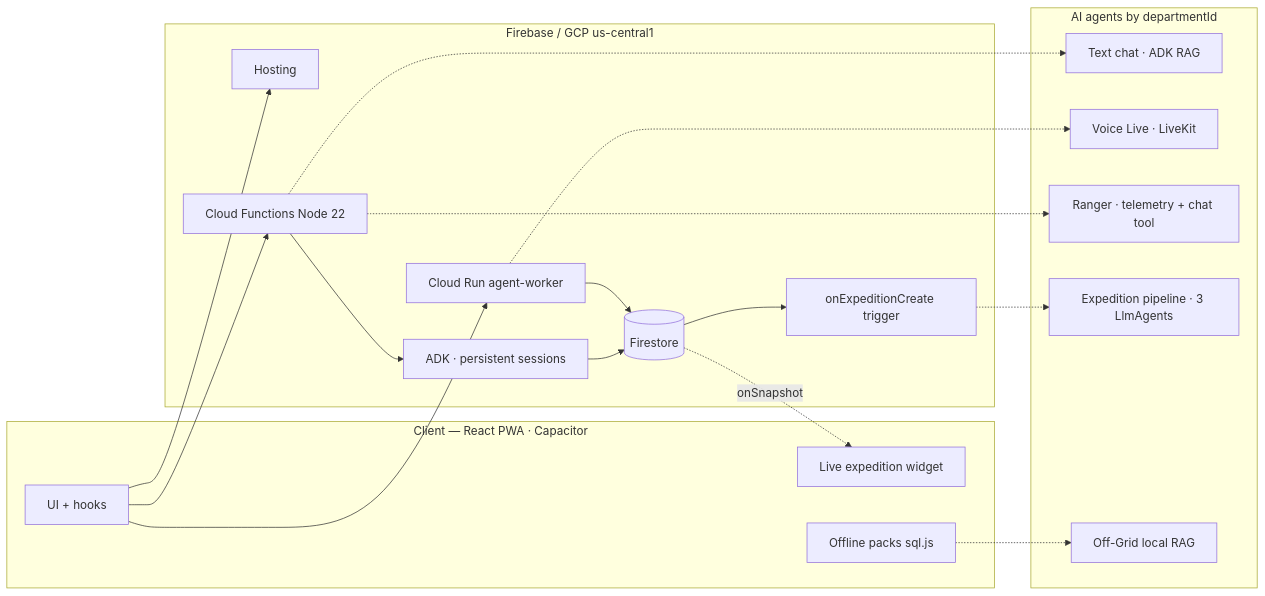
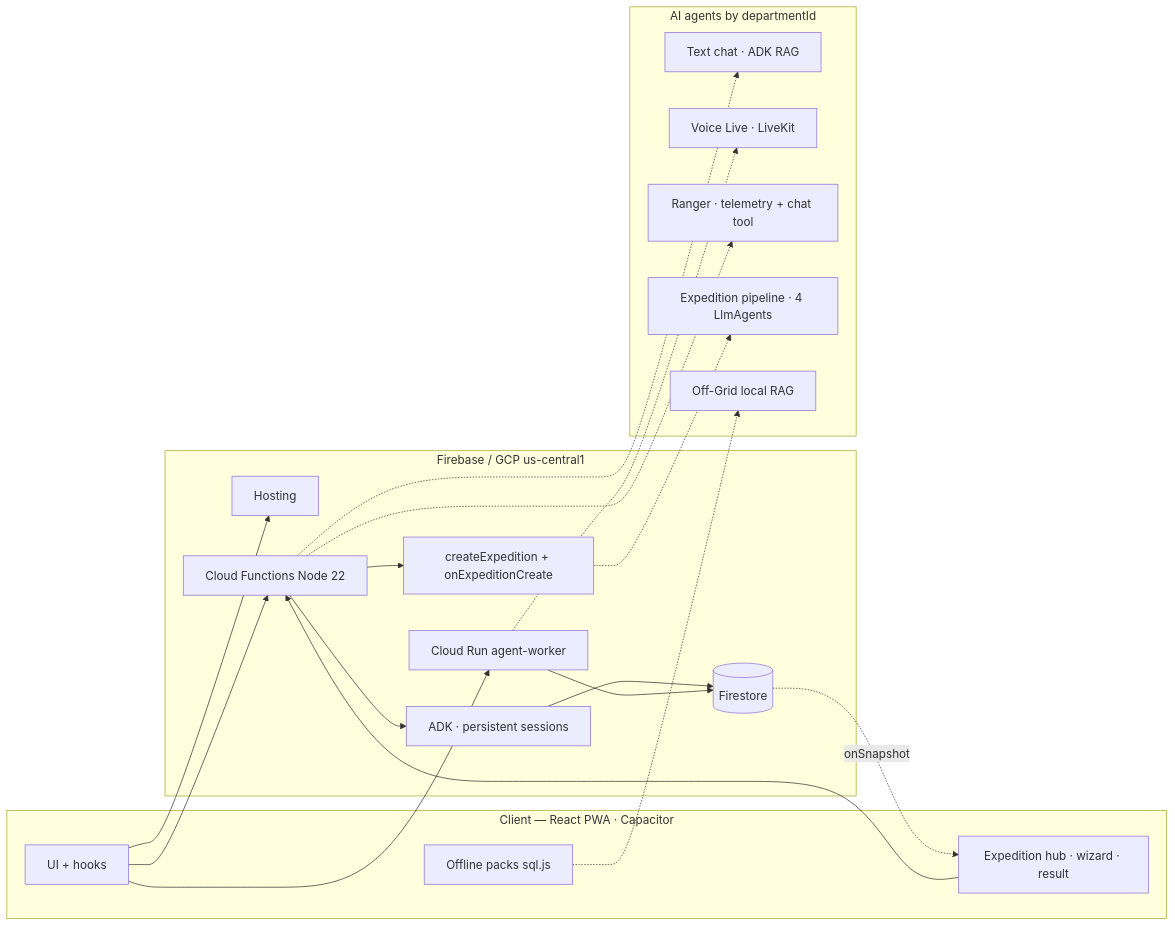
The diagram in README.md (hiddenappco/hiddenapp), drawn with Mermaid before and after one commit. The commit also changed other lines of this file and 108 other files, not shown here.

First line of the commit message:
Post-submission development: expedition hub, Bitácora v2, thumb nav, and submission docs.

````diff
--- a/README.md
+++ b/README.md
@@ -42,39 +99,40 @@
 ```mermaid
 flowchart LR
     subgraph Client["Client — React PWA · Capacitor"]
         UI[UI + hooks]
-        EXPW[Live expedition widget]
+        EXPH[Expedition hub · wizard · result]
         OFF[Offline packs sql.js]
     end
 
     subgraph GCP["Firebase / GCP us-central1"]
         HOST[Hosting]
         FS[(Firestore)]
         CFN[Cloud Functions Node 22]
         ADK[ADK · persistent sessions]
-        EXP[onExpeditionCreate trigger]
+        EXP[createExpedition + onExpeditionCreate]
         RUN[Cloud Run agent-worker]
     end
 
     subgraph Agents["AI agents by departmentId"]
         A1[Text chat · ADK RAG]
         A2[Voice Live · LiveKit]
         A3[Ranger · telemetry + chat tool]
-        A5[Expedition pipeline · 3 LlmAgents]
+        A5[Expedition pipeline · 4 LlmAgents]
         A4[Off-Grid local RAG]
     end
 
     UI --> HOST
     UI --> CFN
     UI --> RUN
+    EXPH --> CFN
     CFN --> ADK
     ADK --> FS
-    FS --> EXP
+    CFN --> EXP
     EXP -.-> A5
-    FS -.->|onSnapshot| EXPW
+    FS -.->|onSnapshot| EXPH
     RUN --> FS
     OFF -.-> A4
     CFN -.-> A1
     RUN -.-> A2
     CFN -.-> A3
 ```
````
